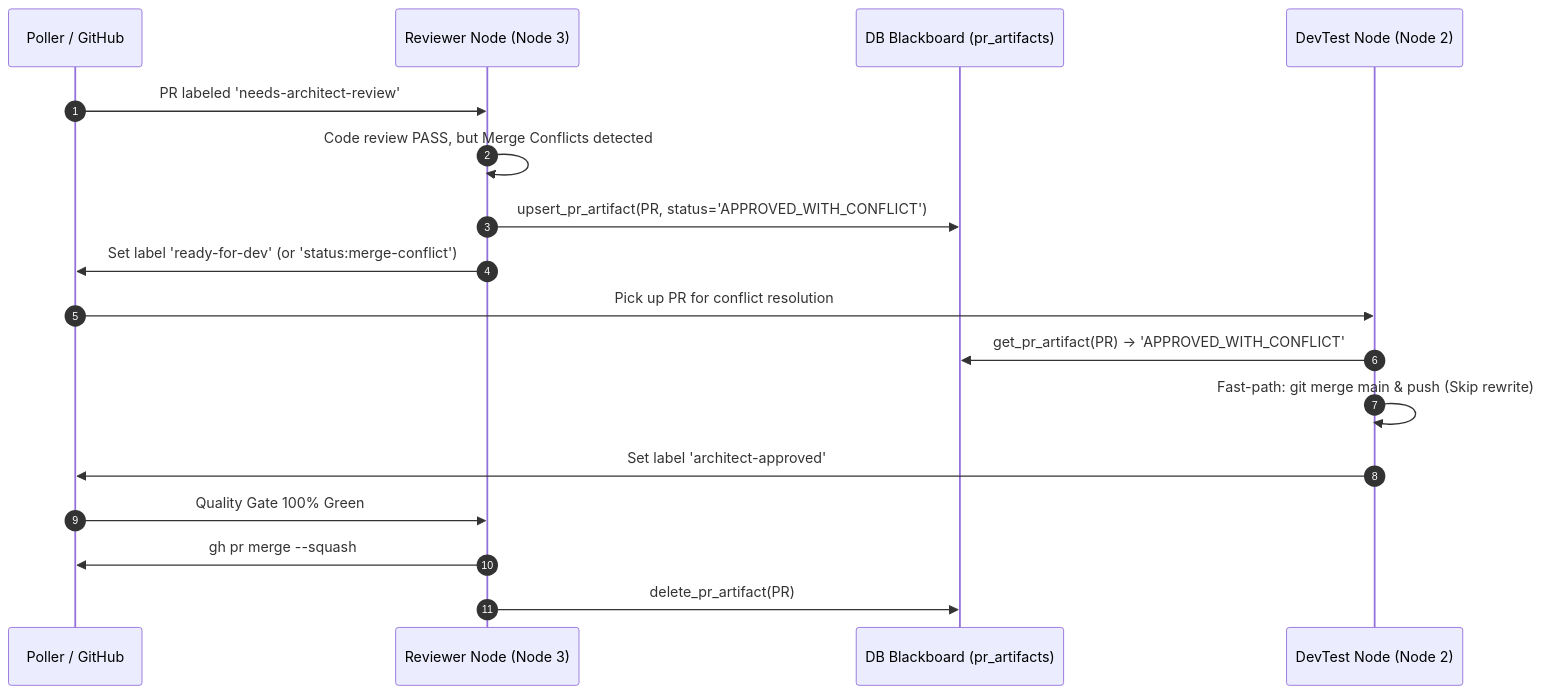
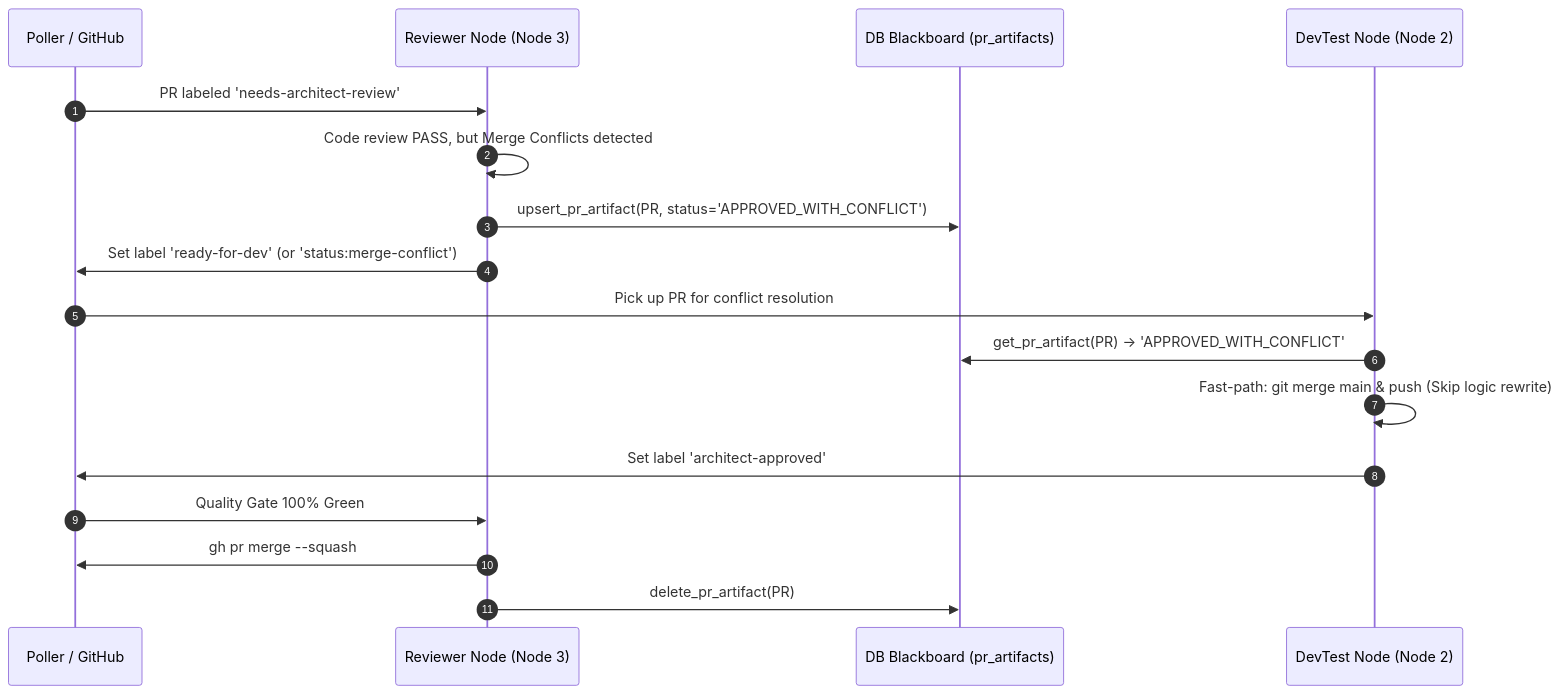
One commit to AntaresAndBharani/graph-engineering changed the third of 5 diagrams in .graph/architecture.md. Above: the diagram before and after it, drawn with Mermaid. The commit also changed other lines of this file, not shown here.

Commit message:
docs(architecture): update architectural standards

````diff
--- a/.graph/architecture.md
+++ b/.graph/architecture.md
@@ -196,20 +217,20 @@
 ```mermaid
 sequenceDiagram
     autonumber
     participant Poller as Poller / GitHub
     participant Reviewer as Reviewer Node (Node 3)
     participant Blackboard as DB Blackboard (pr_artifacts)
     participant DevTest as DevTest Node (Node 2)
 
     Poller->>Reviewer: PR labeled 'needs-architect-review'
     Reviewer->>Reviewer: Code review PASS, but Merge Conflicts detected
     Reviewer->>Blackboard: upsert_pr_artifact(PR, status='APPROVED_WITH_CONFLICT')
     Reviewer->>Poller: Set label 'ready-for-dev' (or 'status:merge-conflict')
     Poller->>DevTest: Pick up PR for conflict resolution
     DevTest->>Blackboard: get_pr_artifact(PR) -> 'APPROVED_WITH_CONFLICT'
-    DevTest->>DevTest: Fast-path: git merge main & push (Skip rewrite)
+    DevTest->>DevTest: Fast-path: git merge main & push (Skip logic rewrite)
     DevTest->>Poller: Set label 'architect-approved'
     Poller->>Reviewer: Quality Gate 100% Green
     Reviewer->>Poller: gh pr merge --squash
     Reviewer->>Blackboard: delete_pr_artifact(PR)
 ```
````
